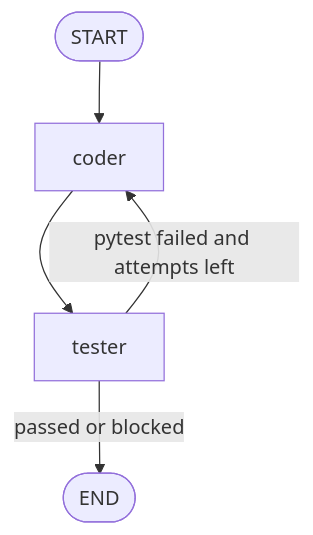
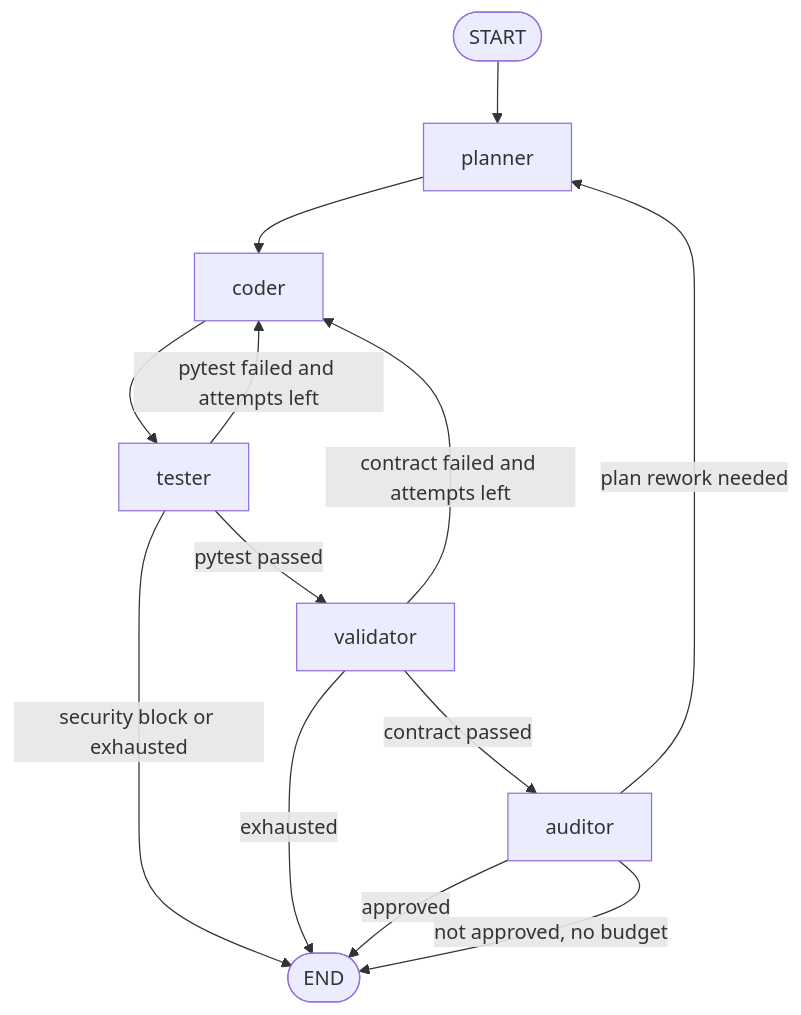
The diagram in function_development/doc/architecture.md (henri-dpd/AgIA), drawn with Mermaid before and after one commit. The commit also changed other lines of this file and 45 other files, not shown here.

Commit message:
feat(function_development): add planner, validator, auditor agents + 9 technology stack knowledge bases

````diff
--- a/function_development/doc/architecture.md
+++ b/function_development/doc/architecture.md
@@ -43,7 +75,15 @@
 ```mermaid
 flowchart TD
-    A([START]) --> B[coder]
-    B --> C[tester]
-    C -->|pytest failed and attempts left| B
-    C -->|passed or blocked| D([END])
+    A([START]) --> B[planner]
+    B --> C[coder]
+    C --> D[tester]
+    D -->|pytest passed| E[validator]
+    D -->|pytest failed and attempts left| C
+    D -->|security block or exhausted| Z([END])
+    E -->|contract passed| F[auditor]
+    E -->|contract failed and attempts left| C
+    E -->|exhausted| Z
+    F -->|approved| Z
+    F -->|plan rework needed| B
+    F -->|not approved, no budget| Z
 ```
````
